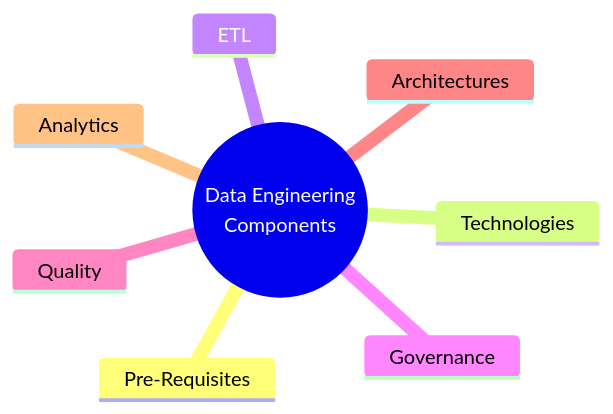
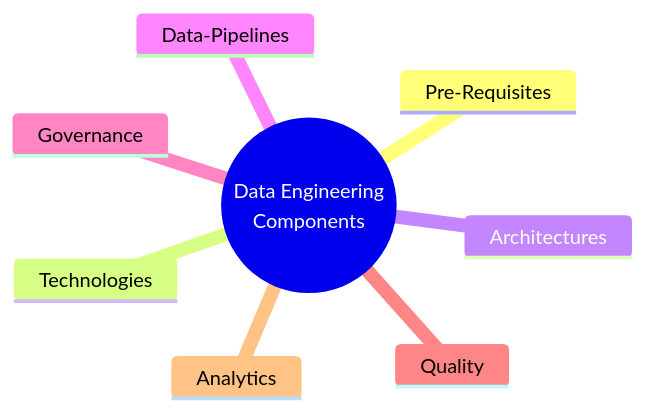
Before and after one commit to tinitiateprime/tinitiate-data-engineering: the diagram in README.md, drawn with Mermaid. The commit also changed other lines of this file and 4 other files, not shown here.

````diff
--- a/README.md
+++ b/README.md
@@ -8,11 +9,11 @@
 ```mermaid
 mindmap
   root((Data Engineering<br/>Components))
     Pre-Requisites
     Technologies
-    ETL
+    Architectures
+    Data-Pipelines
     Governance
     Quality
-    Architectures
     Analytics
 ```
````
